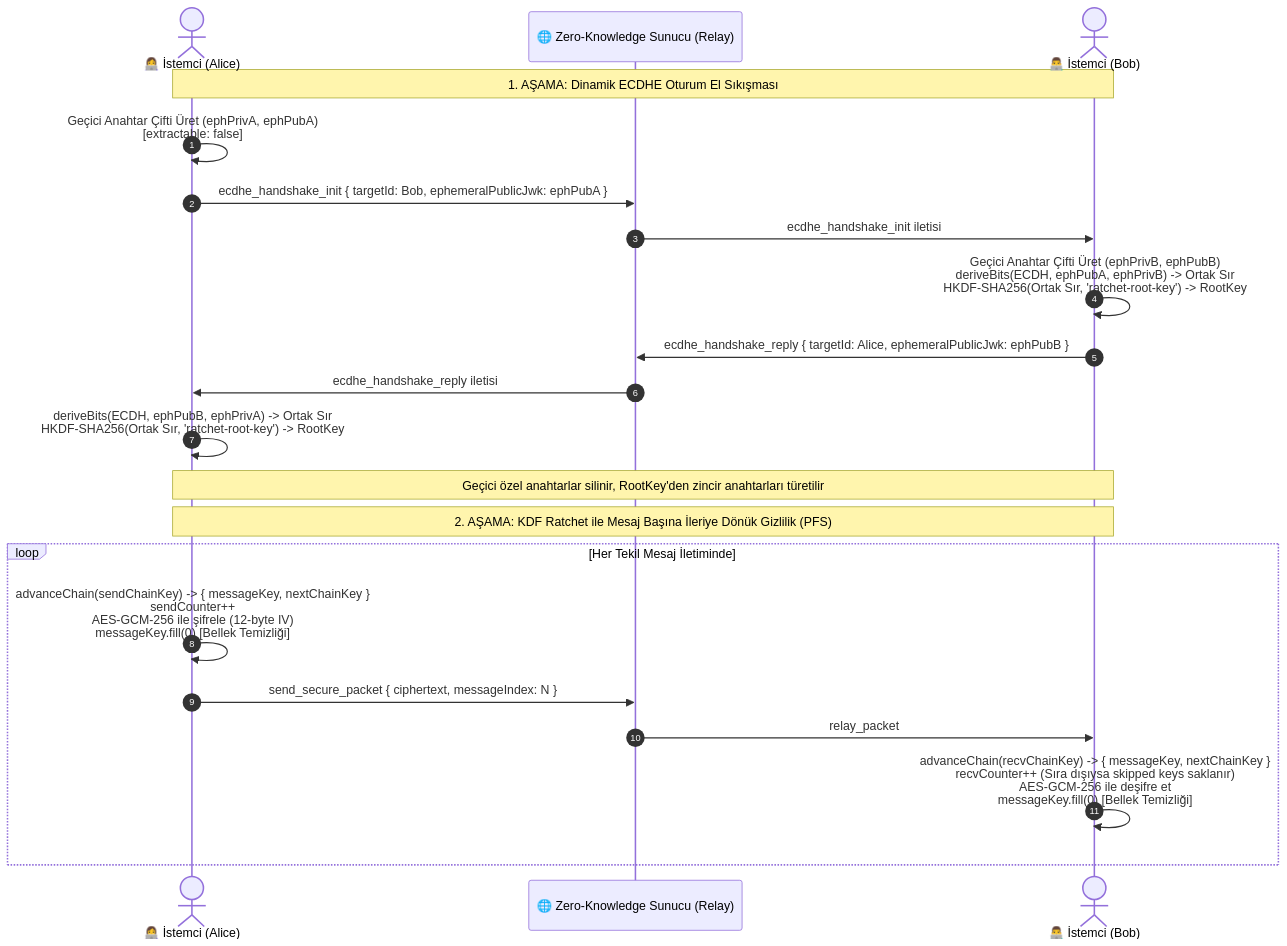
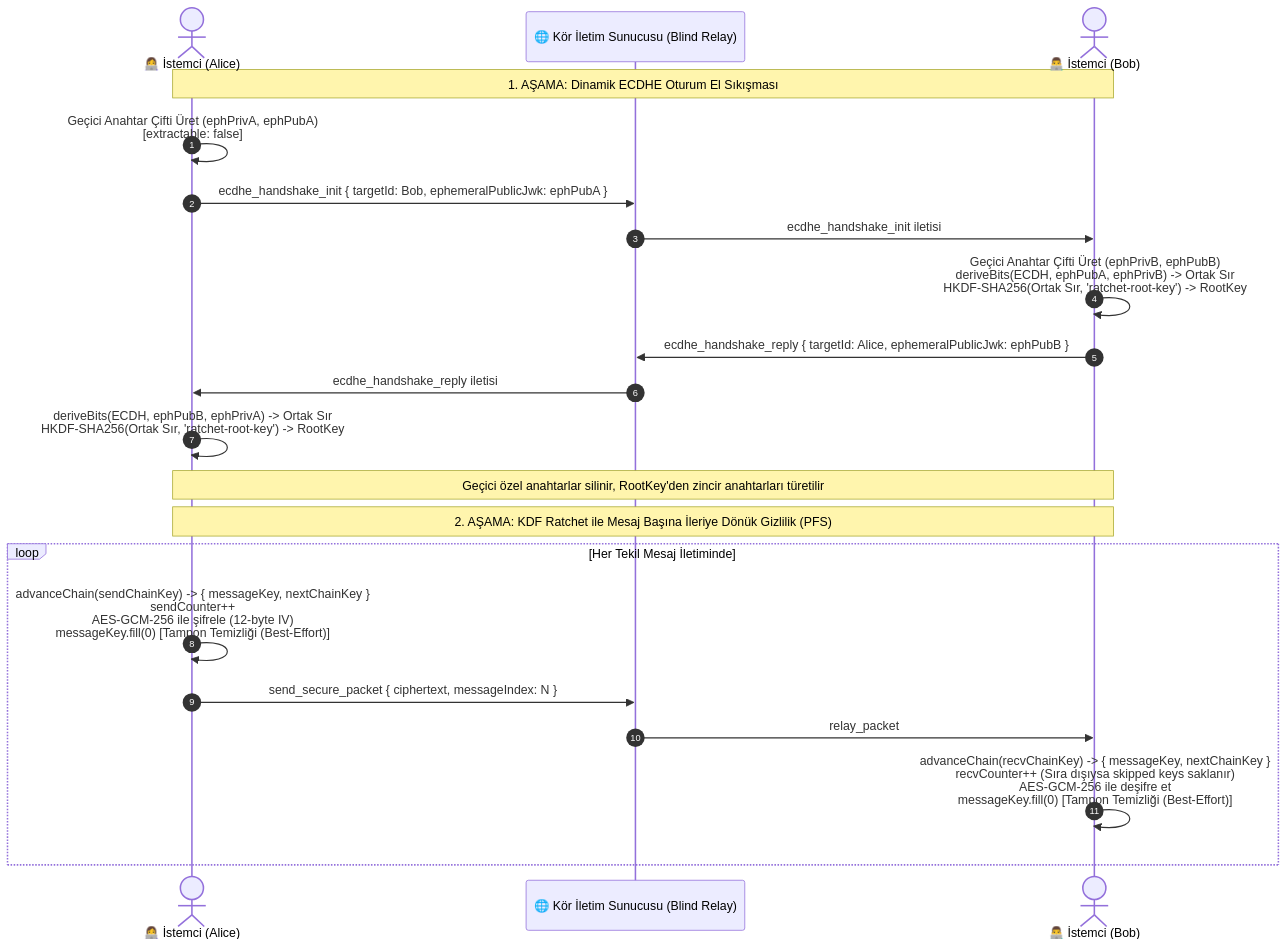
Before and after one commit to arifoztr/Cyber_Chat_Terminal: the first of 2 diagrams in README.md, drawn with Mermaid. The commit also changed other lines of this file and 31 other files, not shown here.

````diff
--- a/README.md
+++ b/README.md
@@ -325,25 +335,25 @@
 ```mermaid
 sequenceDiagram
     autonumber
     actor Alice as 👩‍💻 İstemci (Alice)
-    participant Server as 🌐 Zero-Knowledge Sunucu (Relay)
+    participant Server as 🌐 Kör İletim Sunucusu (Blind Relay)
     actor Bob as 👨‍💻 İstemci (Bob)
 
     Note over Alice,Bob: 1. AŞAMA: Dinamik ECDHE Oturum El Sıkışması
     Alice->>Alice: Geçici Anahtar Çifti Üret (ephPrivA, ephPubA)<br/>[extractable: false]
     Alice->>Server: ecdhe_handshake_init { targetId: Bob, ephemeralPublicJwk: ephPubA }
     Server->>Bob: ecdhe_handshake_init iletisi
     Bob->>Bob: Geçici Anahtar Çifti Üret (ephPrivB, ephPubB)<br/>deriveBits(ECDH, ephPubA, ephPrivB) -> Ortak Sır<br/>HKDF-SHA256(Ortak Sır, 'ratchet-root-key') -> RootKey
     Bob->>Server: ecdhe_handshake_reply { targetId: Alice, ephemeralPublicJwk: ephPubB }
     Server->>Alice: ecdhe_handshake_reply iletisi
     Alice->>Alice: deriveBits(ECDH, ephPubB, ephPrivA) -> Ortak Sır<br/>HKDF-SHA256(Ortak Sır, 'ratchet-root-key') -> RootKey
     Note over Alice,Bob: Geçici özel anahtarlar silinir, RootKey'den zincir anahtarları türetilir
 
     Note over Alice,Bob: 2. AŞAMA: KDF Ratchet ile Mesaj Başına İleriye Dönük Gizlilik (PFS)
     loop Her Tekil Mesaj İletiminde
-        Alice->>Alice: advanceChain(sendChainKey) -> { messageKey, nextChainKey }<br/>sendCounter++<br/>AES-GCM-256 ile şifrele (12-byte IV)<br/>messageKey.fill(0) [Bellek Temizliği]
+        Alice->>Alice: advanceChain(sendChainKey) -> { messageKey, nextChainKey }<br/>sendCounter++<br/>AES-GCM-256 ile şifrele (12-byte IV)<br/>messageKey.fill(0) [Tampon Temizliği (Best-Effort)]
         Alice->>Server: send_secure_packet { ciphertext, messageIndex: N }
         Server->>Bob: relay_packet
-        Bob->>Bob: advanceChain(recvChainKey) -> { messageKey, nextChainKey }<br/>recvCounter++ (Sıra dışıysa skipped keys saklanır)<br/>AES-GCM-256 ile deşifre et<br/>messageKey.fill(0) [Bellek Temizliği]
+        Bob->>Bob: advanceChain(recvChainKey) -> { messageKey, nextChainKey }<br/>recvCounter++ (Sıra dışıysa skipped keys saklanır)<br/>AES-GCM-256 ile deşifre et<br/>messageKey.fill(0) [Tampon Temizliği (Best-Effort)]
     end
 ```
````
